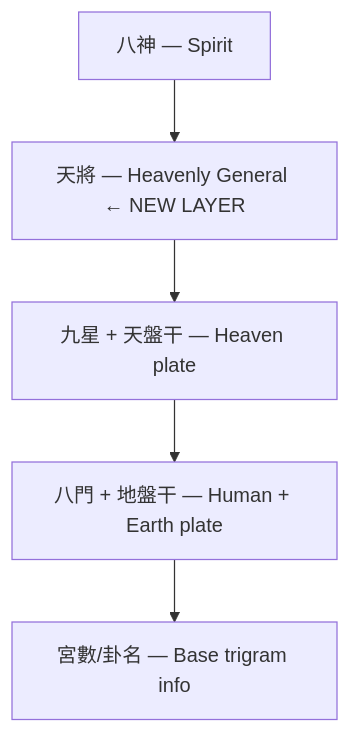
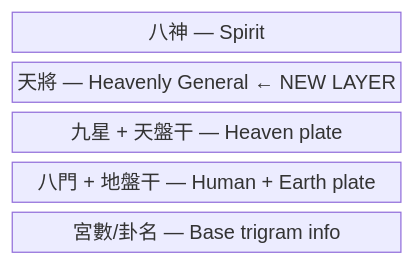
One commit to h4x0r/stembranch changed the fifth of 5 diagrams in docs/research/2026-03-02-divination-chart-display.md. Above: the diagram before and after it, drawn with Mermaid. The commit also changed other lines of this file and 4 other files, not shown here.

First line of the commit message:
docs: fix Mermaid diagram types and resolve orphaned footnotes

````diff
--- a/docs/research/2026-03-02-divination-chart-display.md
+++ b/docs/research/2026-03-02-divination-chart-display.md
@@ -326,7 +318,9 @@
 ```mermaid
-graph TD
-  A["八神 — Spirit"] --> B["天將 — Heavenly General ← NEW LAYER"]
-  B --> C["九星 + 天盤干 — Heaven plate"]
-  C --> D["八門 + 地盤干 — Human + Earth plate"]
-  D --> E["宮數/卦名 — Base trigram info"]
+block-beta
+  columns 1
+  a["八神 — Spirit"]
+  b["天將 — Heavenly General ← NEW LAYER"]
+  c["九星 + 天盤干 — Heaven plate"]
+  d["八門 + 地盤干 — Human + Earth plate"]
+  e["宮數/卦名 — Base trigram info"]
 ```
````
